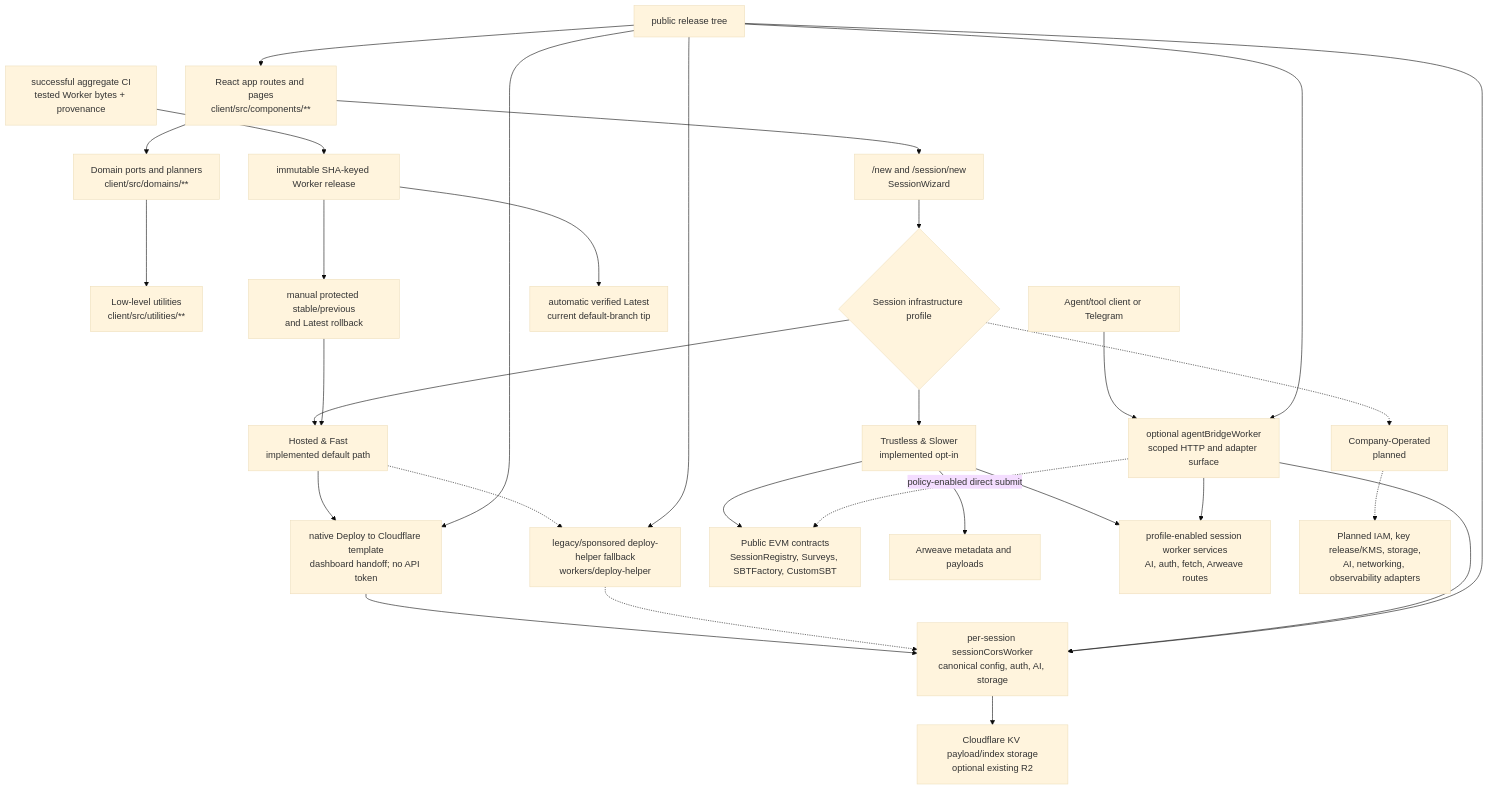
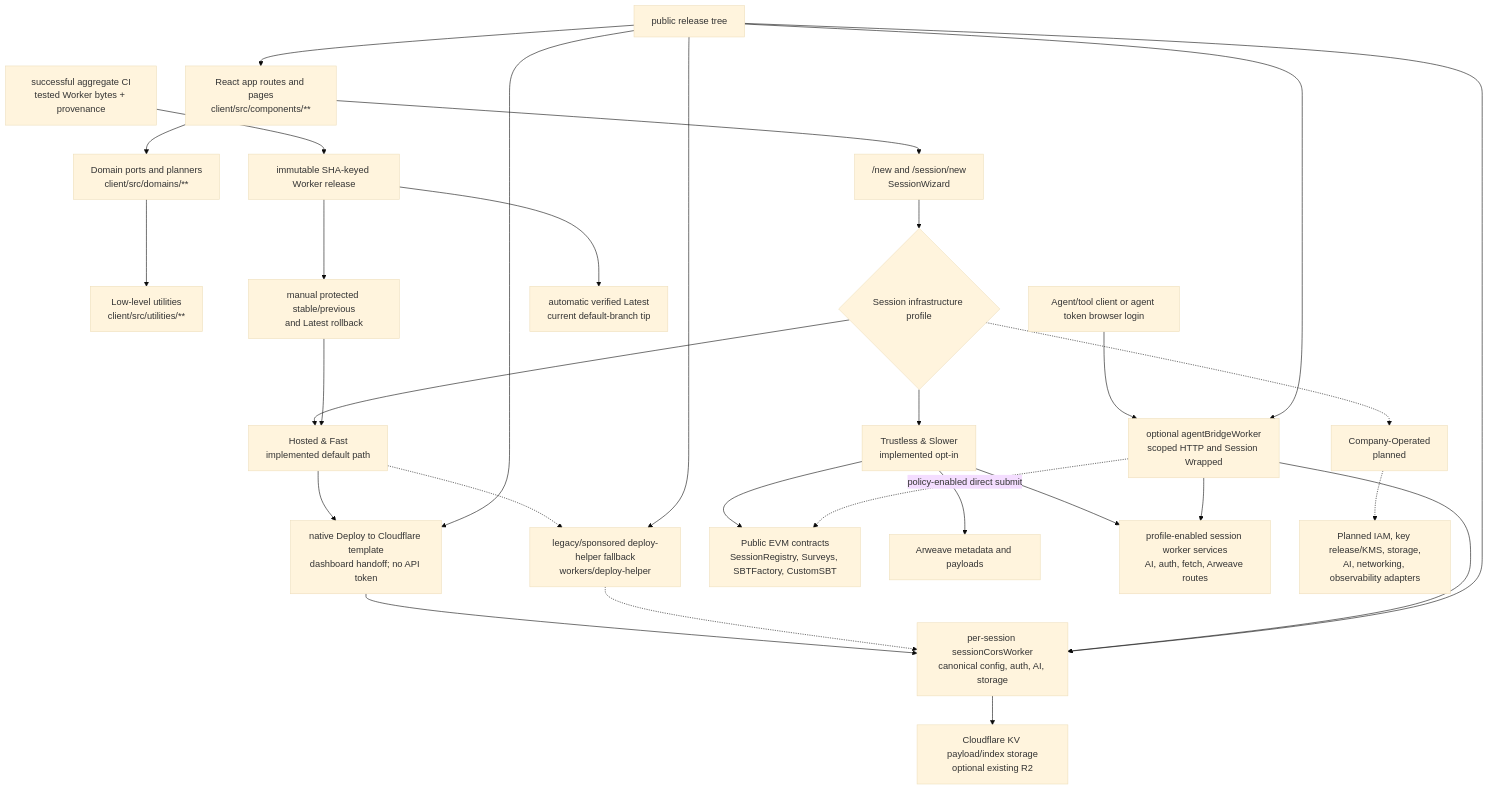
One commit to AgalmicSoftware/context-engine changed the diagram in docs/architecture-overview.md. Above: the diagram before and after it, drawn with Mermaid (base theme). The commit also changed other lines of this file and 17 other files, not shown here.

````diff
--- a/docs/architecture-overview.md
+++ b/docs/architecture-overview.md
@@ -30,32 +30,32 @@
 ```mermaid
 flowchart TD
   Browser["React app routes and pages<br/>client/src/components/**"] --> Domains["Domain ports and planners<br/>client/src/domains/**"]
   Domains --> Utilities["Low-level utilities<br/>client/src/utilities/**"]
   Browser --> Wizard["/new and /session/new<br/>SessionWizard"]
   Wizard --> ProfileChoice{"Session infrastructure profile"}
   ProfileChoice --> Hosted["Hosted & Fast<br/>implemented default path"]
   ProfileChoice --> Trustless["Trustless & Slower<br/>implemented opt-in"]
   ProfileChoice -.-> Company["Company-Operated<br/>planned"]
   Hosted --> NativeTemplate["native Deploy to Cloudflare template<br/>dashboard handoff; no API token"]
   NativeTemplate --> HostedWorker["per-session sessionCorsWorker<br/>canonical config, auth, AI, storage"]
   Hosted -.-> DeployHelper["legacy/sponsored deploy-helper fallback<br/>workers/deploy-helper"]
   DeployHelper -.-> HostedWorker
   HostedWorker --> CloudflareStorage["Cloudflare KV payload/index storage<br/>optional existing R2"]
-  AgentClient["Agent/tool client or Telegram"] --> AgentBridge["optional agentBridgeWorker<br/>scoped HTTP and adapter surface"]
+  AgentClient["Agent/tool client or agent token browser login"] --> AgentBridge["optional agentBridgeWorker<br/>scoped HTTP and Session Wrapped"]
   AgentBridge --> HostedWorker
   Trustless --> Contracts["Public EVM contracts<br/>SessionRegistry, Surveys, SBTFactory, CustomSBT"]
   Trustless --> Arweave["Arweave metadata and payloads"]
   Trustless --> WorkerServices["profile-enabled session worker services<br/>AI, auth, fetch, Arweave routes"]
   AgentBridge --> WorkerServices
   AgentBridge -.->|policy-enabled direct submit| Contracts
   Company -.-> OrgAdapters["Planned IAM, key release/KMS, storage,<br/>AI, networking, observability adapters"]
   PublicRelease["public release tree"] --> Browser
   PublicRelease --> HostedWorker
   PublicRelease --> NativeTemplate
   PublicRelease --> DeployHelper
   PublicRelease --> AgentBridge
   AggregateCI["successful aggregate CI<br/>tested Worker bytes + provenance"] --> ImmutableWorkerRelease["immutable SHA-keyed Worker release"]
   ImmutableWorkerRelease --> AutomaticLatest["automatic verified Latest<br/>current default-branch tip"]
   ImmutableWorkerRelease --> ProtectedPromotion["manual protected stable/previous<br/>and Latest rollback"]
   ProtectedPromotion --> Hosted
 ```
````
